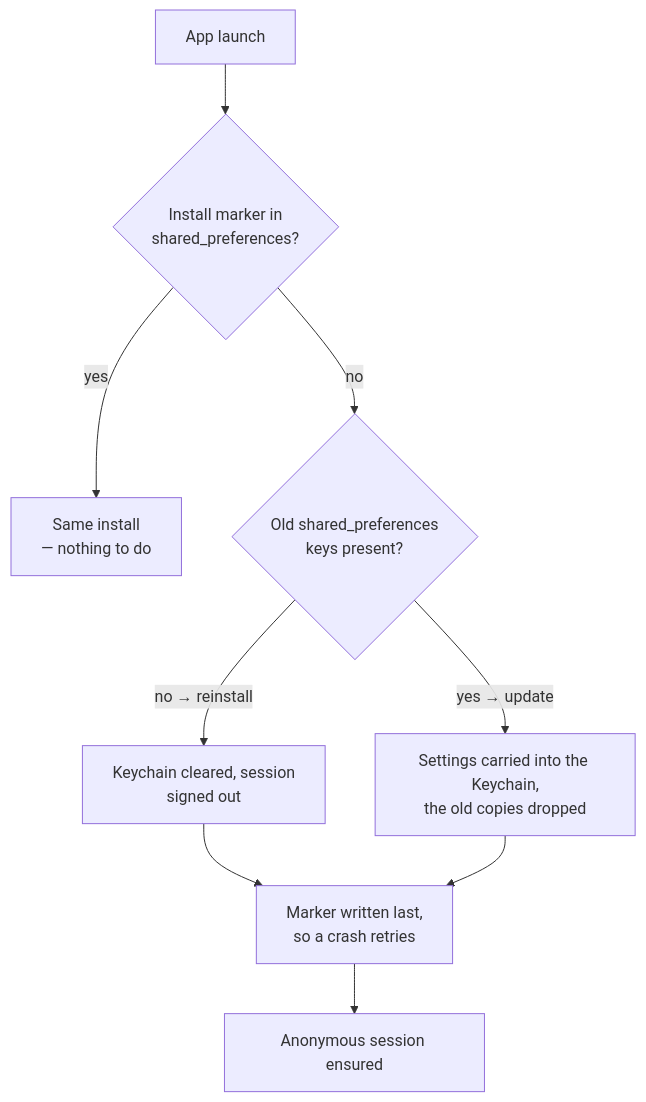
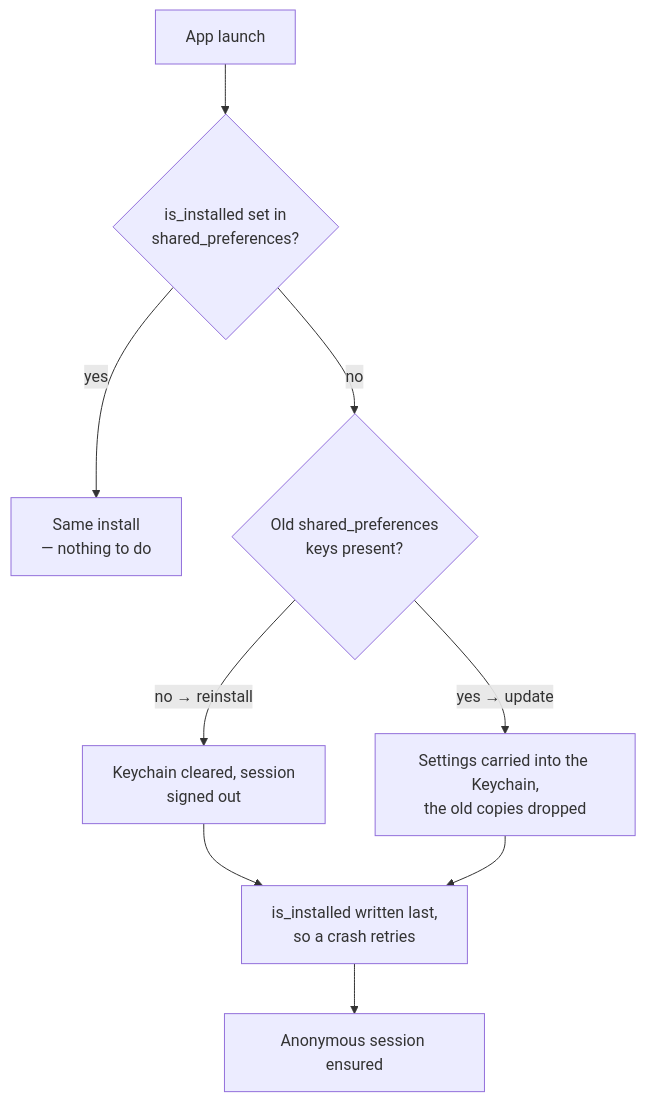
One commit to DAMHONGDUC/migraine-tracker changed the first of 2 diagrams in README.md. Above: the diagram before and after it, drawn with Mermaid. The commit also changed other lines of this file and 1 other file, not shown here.

Commit message:
docs: update docs - detail is the is_installed rename

````diff
--- a/README.md
+++ b/README.md
@@ -167,11 +167,11 @@
 ```mermaid
 flowchart TD
-  A["App launch"] --> B{"Install marker in<br/>shared_preferences?"}
+  A["App launch"] --> B{"is_installed set in<br/>shared_preferences?"}
   B -- "yes" --> C["Same install<br/>— nothing to do"]
   B -- "no" --> D{"Old shared_preferences<br/>keys present?"}
   D -- "no → reinstall" --> E["Keychain cleared, session<br/>signed out"]
   D -- "yes → update" --> F["Settings carried into the Keychain,<br/>the old copies dropped"]
   E --> H
-  F --> H["Marker written last,<br/>so a crash retries"]
+  F --> H["is_installed written last,<br/>so a crash retries"]
   H --> I["Anonymous session ensured"]
 ```
````
